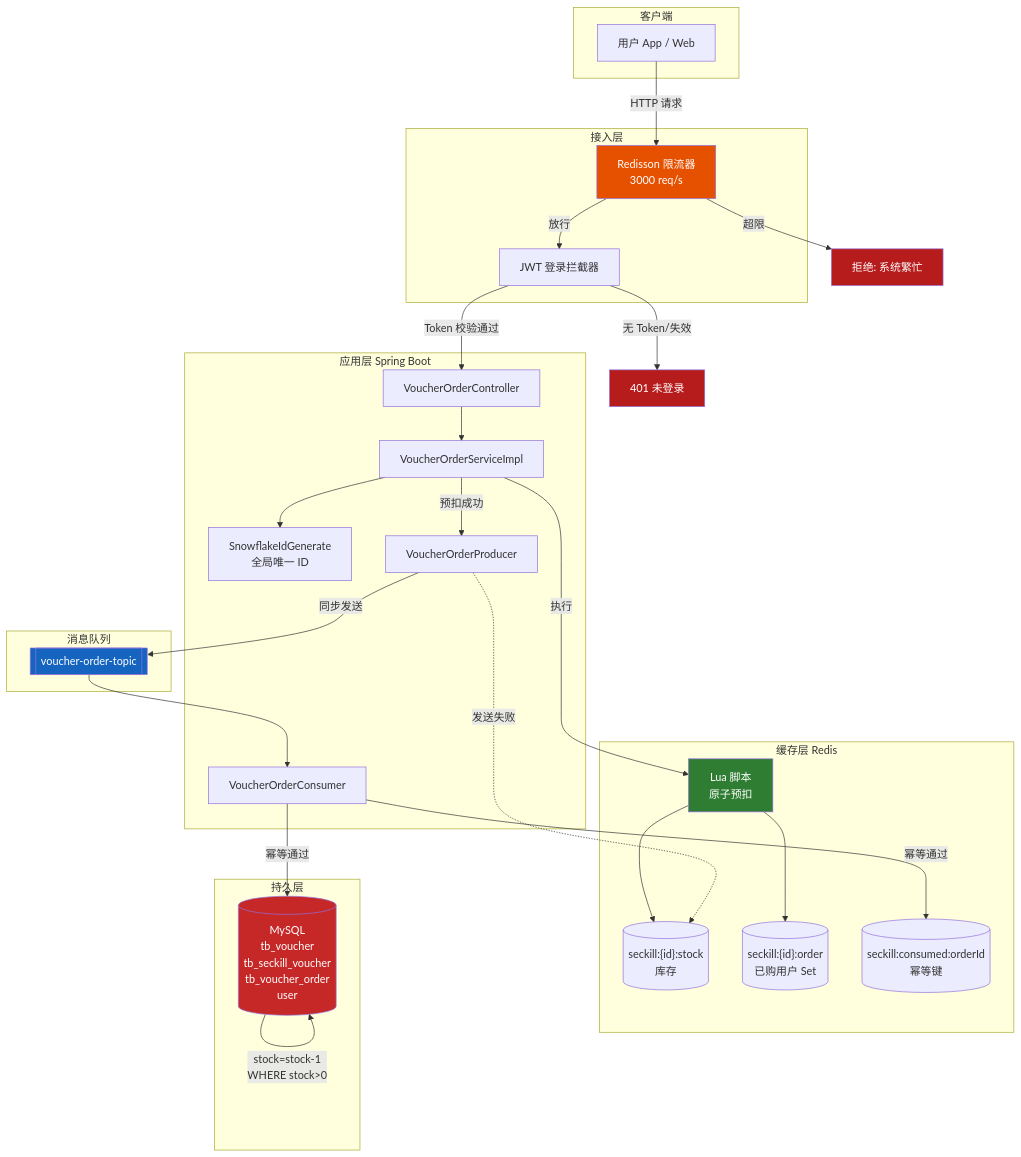
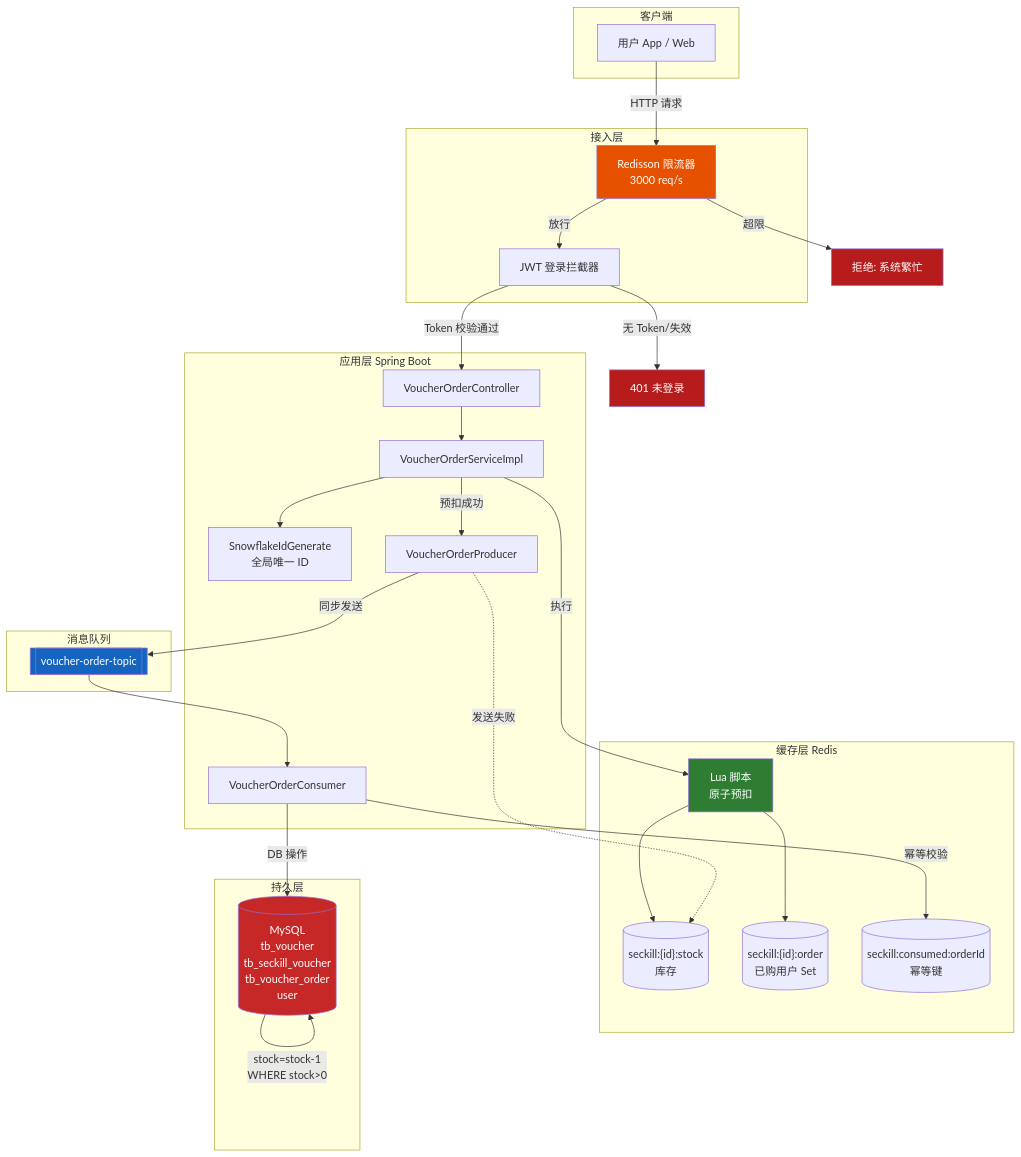
One commit to Shardkiht/FlashDeal changed the first of 3 diagrams in README.md. Above: the diagram before and after it, drawn with Mermaid. The commit also changed other lines of this file, not shown here.

Commit message:
docs(readme): 修正流程图标签和注释说明
- 将CONS节点的幂等通过标签修改为幂等校验
- 将CONS节点的MYSQL标签修改为DB 操作
- 将DBCHECK获取失败标签修改为SAVE系统异常
- 更新SeckillFailRecord类描述从失败记录占位类到失败记录实体

````diff
--- a/README.md
+++ b/README.md
@@ -67,61 +67,61 @@
 ```mermaid
 flowchart TB
     subgraph Client["客户端"]
         U["用户 App / Web"]
     end
 
     subgraph Gateway["接入层"]
         RL["Redisson 限流器<br/>3000 req/s"]
         LI["JWT 登录拦截器"]
     end
 
     subgraph App["应用层 Spring Boot"]
         CTRL["VoucherOrderController"]
         SVC["VoucherOrderServiceImpl"]
         IDG["SnowflakeIdGenerate<br/>全局唯一 ID"]
         PROD["VoucherOrderProducer"]
         CONS["VoucherOrderConsumer"]
     end
 
     subgraph Cache["缓存层 Redis"]
         STOCK[("seckill:{id}:stock<br/>库存")]
         ORDER[("seckill:{id}:order<br/>已购用户 Set")]
         IDEM[("seckill:consumed:orderId<br/>幂等键")]
 
         LUA["Lua 脚本<br/>原子预扣"]
     end
 
     subgraph MQ["消息队列"]
         TOPIC[["voucher-order-topic"]]
     end
 
     subgraph DB["持久层"]
         MYSQL[("MySQL<br/>tb_voucher<br/>tb_seckill_voucher<br/>tb_voucher_order<br/>user")]
     end
 
     U -->|HTTP 请求| RL
     RL -->|放行| LI
     RL -->|超限| REJ["拒绝: 系统繁忙"]
     LI -->|Token 校验通过| CTRL
     LI -->|无 Token/失效| UNAUTH["401 未登录"]
     CTRL --> SVC
     SVC --> IDG
 
     SVC -->|执行| LUA
     LUA --> STOCK
     LUA --> ORDER
     SVC -->|预扣成功| PROD
     PROD -->|同步发送| TOPIC
     PROD -.->|发送失败| STOCK
     TOPIC --> CONS
-    CONS -->|幂等通过| IDEM
-    CONS -->|幂等通过| MYSQL
+    CONS -->|幂等校验| IDEM
+    CONS -->|DB 操作| MYSQL
     MYSQL -->|stock=stock-1<br/>WHERE stock>0| MYSQL
 
     style RL fill:#e65100,color:#fff
     style LUA fill:#2e7d32,color:#fff
     style TOPIC fill:#1565c0,color:#fff
     style MYSQL fill:#c62828,color:#fff
     style REJ fill:#b71c1c,color:#fff
     style UNAUTH fill:#b71c1c,color:#fff
 ```
````
